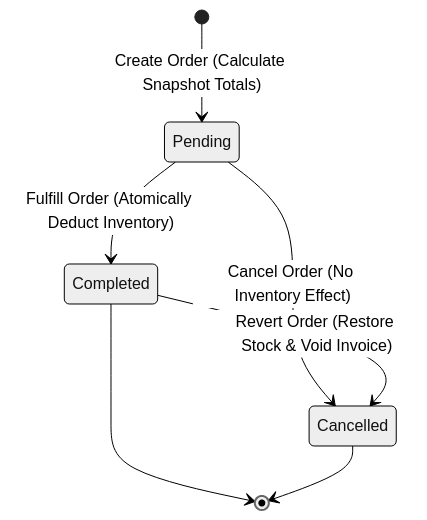
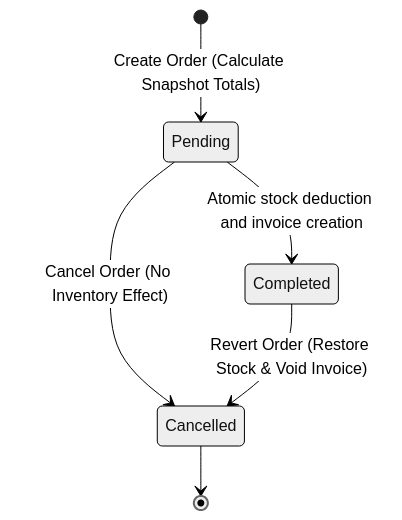
One commit to salih-x-tech/bizflow changed the fifth of 7 diagrams in PROJECT.md. Above: the diagram before and after it, drawn with Mermaid (neutral theme). The commit also changed other lines of this file, not shown here.

````diff
--- a/PROJECT.md
+++ b/PROJECT.md
@@ -274,9 +713,9 @@
 ```mermaid
 stateDiagram-v2
     [*] --> Pending: Create Order (Calculate Snapshot Totals)
-    Pending --> Completed: Fulfill Order (Atomically Deduct Inventory)
+    Pending --> Completed: Atomic stock deduction and invoice creation
     Pending --> Cancelled: Cancel Order (No Inventory Effect)
     Completed --> Cancelled: Revert Order (Restore Stock & Void Invoice)
-    Completed --> [*]
     Cancelled --> [*]
+
 ```
````
